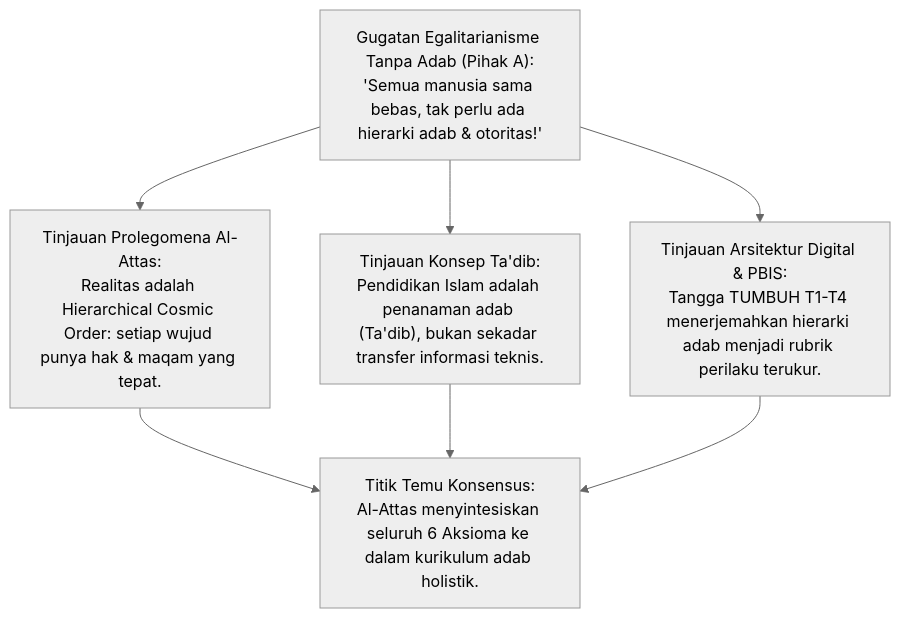
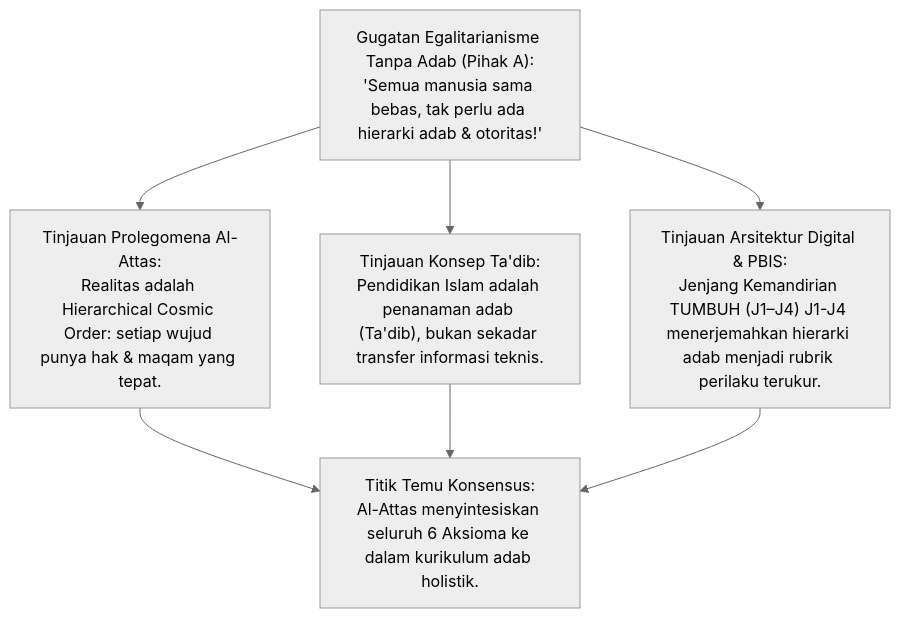
One commit to wandiapriliyandi/tumbuh changed the seventh of 8 diagrams in 01 Philosophy/01 Worldview/01 Hakikat Realitas/P1-01-01-04-Validasi-Turats.md. Above: the diagram before and after it, drawn with Mermaid (neutral theme). The commit also changed other lines of this file and 209 other files, not shown here.

````diff
--- a/01 Philosophy/01 Worldview/01 Hakikat Realitas/P1-01-01-04-Validasi-Turats.md
+++ b/01 Philosophy/01 Worldview/01 Hakikat Realitas/P1-01-01-04-Validasi-Turats.md
@@ -311,8 +311,8 @@
 ```mermaid
 graph TD
     A["Gugatan Egalitarianisme Tanpa Adab (Pihak A):<br/>'Semua manusia sama bebas, tak perlu ada hierarki adab & otoritas!'"]
     --> B1["Tinjauan Prolegomena Al-Attas:<br/>Realitas adalah Hierarchical Cosmic Order: setiap wujud punya hak & maqam yang tepat."]
     A --> B2["Tinjauan Konsep Ta'dib:<br/>Pendidikan Islam adalah penanaman adab (Ta'dib), bukan sekadar transfer informasi teknis."]
-    A --> B3["Tinjauan Arsitektur Digital & PBIS:<br/>Tangga TUMBUH T1-T4 menerjemahkan hierarki adab menjadi rubrik perilaku terukur."]
+    A --> B3["Tinjauan Arsitektur Digital & PBIS:<br/>Jenjang Kemandirian TUMBUH (J1–J4) J1-J4 menerjemahkan hierarki adab menjadi rubrik perilaku terukur."]
     B1 & B2 & B3 --> C["Titik Temu Konsensus:<br/>Al-Attas menyintesiskan seluruh 6 Aksioma ke dalam kurikulum adab holistik."]
 ```
````
